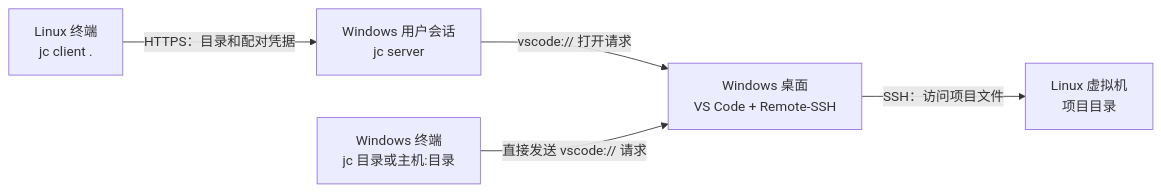
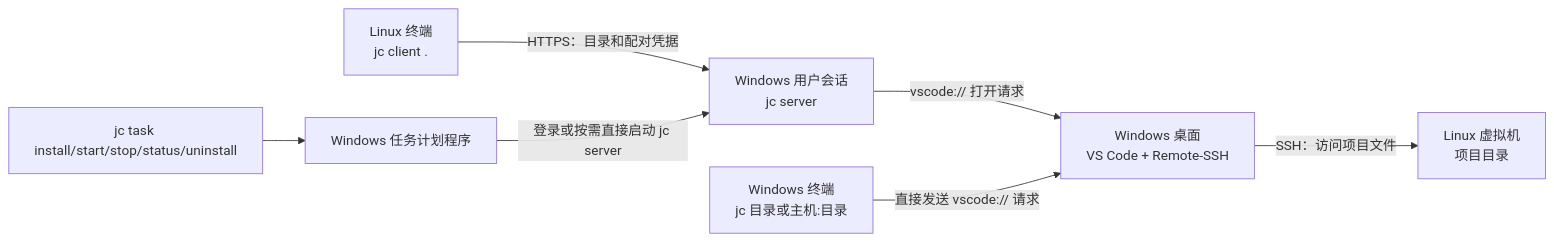
One commit to pi12138/jumpcode changed the diagram in docs/architecture.md. Above: the diagram before and after it, drawn with Mermaid. The commit also changed other lines of this file and 29 other files, not shown here.

````diff
--- a/docs/architecture.md
+++ b/docs/architecture.md
@@ -5,7 +5,9 @@
 ```mermaid
 flowchart LR
     Client["Linux 终端<br/>jc client ."] -->|"HTTPS：目录和配对凭据"| Server["Windows 用户会话<br/>jc server"]
     Server -->|"vscode:// 打开请求"| VSCode["Windows 桌面<br/>VS Code + Remote-SSH"]
     VSCode -->|"SSH：访问项目文件"| VM["Linux 虚拟机<br/>项目目录"]
     WindowsCLI["Windows 终端<br/>jc 目录或主机:目录"] -->|"直接发送 vscode:// 请求"| VSCode
+    TaskCLI["jc task install/start/stop/status/uninstall"] --> Scheduler["Windows 任务计划程序"]
+    Scheduler -->|"登录或按需直接启动 jc server"| Server
 ```
````
